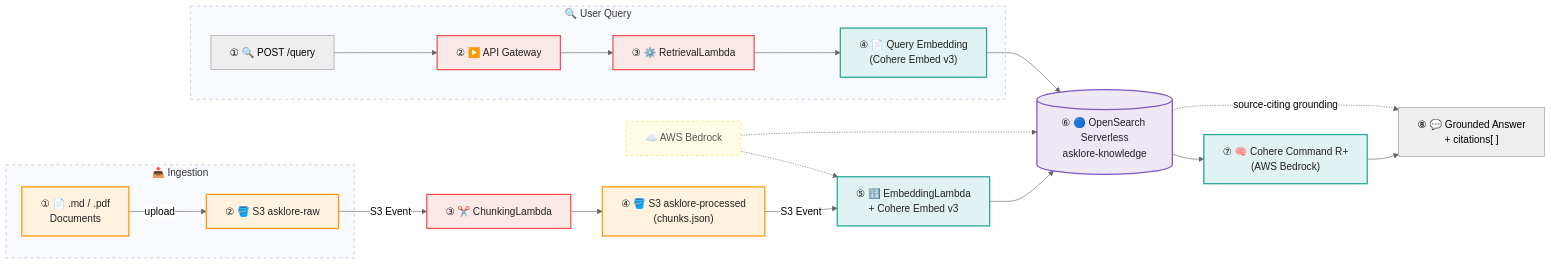
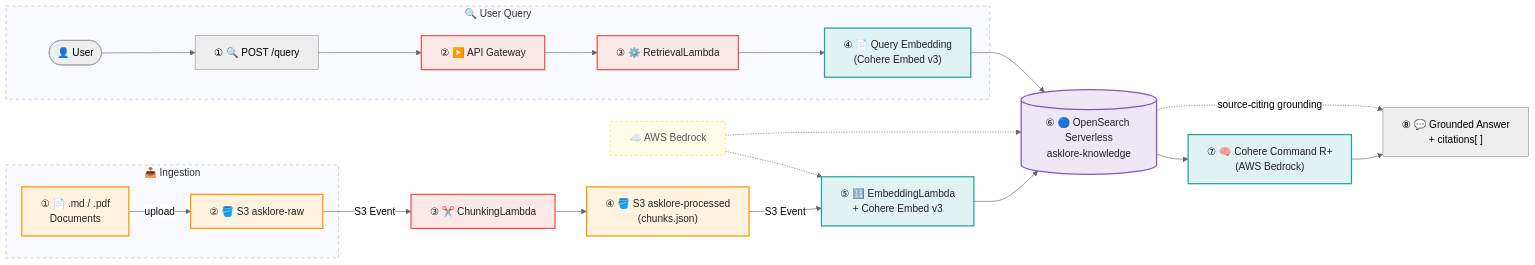
The diagram in README.md (Sunilrana1978/AskLore), drawn with Mermaid before and after one commit.

Commit message:
Add User node to Query pipeline to show who calls POST /query

````diff
--- a/README.md
+++ b/README.md
@@ -9,41 +9,42 @@
 ```mermaid
 %%{init: {'theme': 'neutral'}}%%
 graph LR
     classDef s3      fill:#FFF3E0,stroke:#FF9800,stroke-width:2px,color:#212121
     classDef lambda  fill:#FBE9E7,stroke:#EF5350,stroke-width:2px,color:#212121
     classDef bedrock fill:#E0F2F1,stroke:#26A69A,stroke-width:2px,color:#212121
     classDef os      fill:#EDE7F6,stroke:#7E57C2,stroke-width:2px,color:#212121
     classDef cloud   fill:#FFFDE7,stroke:#FDD835,stroke-width:1px,color:#555,stroke-dasharray:4 4
 
     subgraph ING["📥 Ingestion"]
         DOC["① 📄 .md / .pdf\nDocuments"]:::s3
         RAW["② 🪣 S3 asklore-raw"]:::s3
         DOC -->|upload| RAW
     end
 
     subgraph USQ["🔍 User Query"]
+        USR(["👤 User"])
         SRCH["① 🔍 POST /query"]
         PLAY["② ▶️ API Gateway"]:::lambda
         GEAR["③ ⚙️ RetrievalLambda"]:::lambda
         RESDOC["④ 📄 Query Embedding\n(Cohere Embed v3)"]:::bedrock
     end
 
     CHUNK["③ ✂️ ChunkingLambda"]:::lambda
     PROC["④ 🪣 S3 asklore-processed\n(chunks.json)"]:::s3
     EMBED["⑤ 🔢 EmbeddingLambda\n+ Cohere Embed v3"]:::bedrock
     CLOUD["☁️ AWS Bedrock"]:::cloud
     VECTOR[("⑥ 🔵 OpenSearch Serverless\nasklore-knowledge")]:::os
     LLM["⑦ 🧠 Cohere Command R+\n(AWS Bedrock)"]:::bedrock
     FINAL["⑧ 💬 Grounded Answer\n+ citations[ ]"]
 
     RAW  -->|S3 Event| CHUNK --> PROC
     PROC -->|S3 Event| EMBED --> VECTOR
-    SRCH --> PLAY --> GEAR --> RESDOC --> VECTOR
+    USR --> SRCH --> PLAY --> GEAR --> RESDOC --> VECTOR
     CLOUD -.-> EMBED
     CLOUD -.-> VECTOR
     VECTOR --> LLM --> FINAL
     VECTOR -.->|source-citing grounding| FINAL
 
     style ING fill:#F8FAFF,stroke:#B0BEC5,stroke-width:1px,stroke-dasharray:5 5
     style USQ fill:#F8FAFF,stroke:#B0BEC5,stroke-width:1px,stroke-dasharray:5 5
 ```
````
